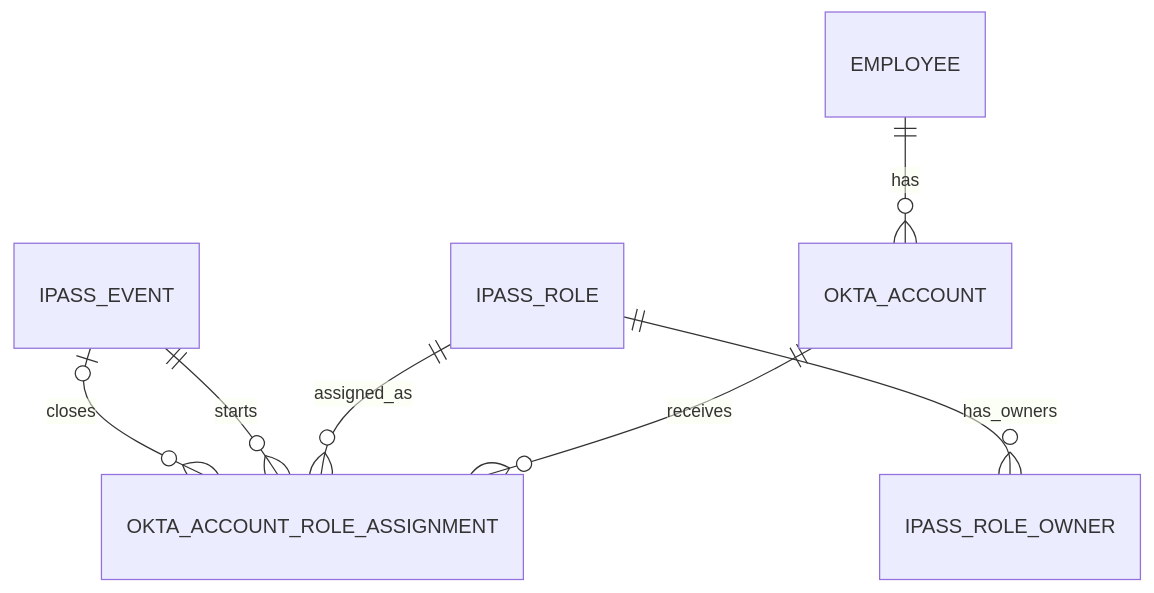
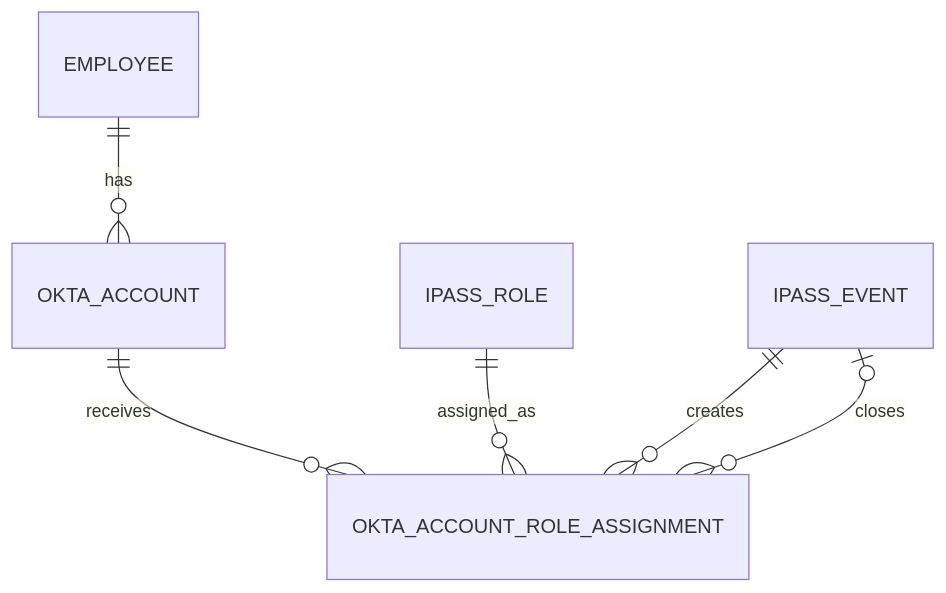
The diagram in docs/data-model.md (bvm-arjun108/user-access-management), drawn with Mermaid before and after one commit. The commit also changed other lines of this file and 34 other files, not shown here.

```diff
--- a/docs/data-model.md
+++ b/docs/data-model.md
@@ -20,9 +17,8 @@
 ~~~mermaid
 erDiagram
     EMPLOYEE ||--o{ OKTA_ACCOUNT : has
     OKTA_ACCOUNT ||--o{ OKTA_ACCOUNT_ROLE_ASSIGNMENT : receives
     IPASS_ROLE ||--o{ OKTA_ACCOUNT_ROLE_ASSIGNMENT : assigned_as
-    IPASS_ROLE ||--o{ IPASS_ROLE_OWNER : has_owners
-    IPASS_EVENT ||--o{ OKTA_ACCOUNT_ROLE_ASSIGNMENT : starts
+    IPASS_EVENT ||--o{ OKTA_ACCOUNT_ROLE_ASSIGNMENT : creates
     IPASS_EVENT o|--o{ OKTA_ACCOUNT_ROLE_ASSIGNMENT : closes
 ~~~
```
